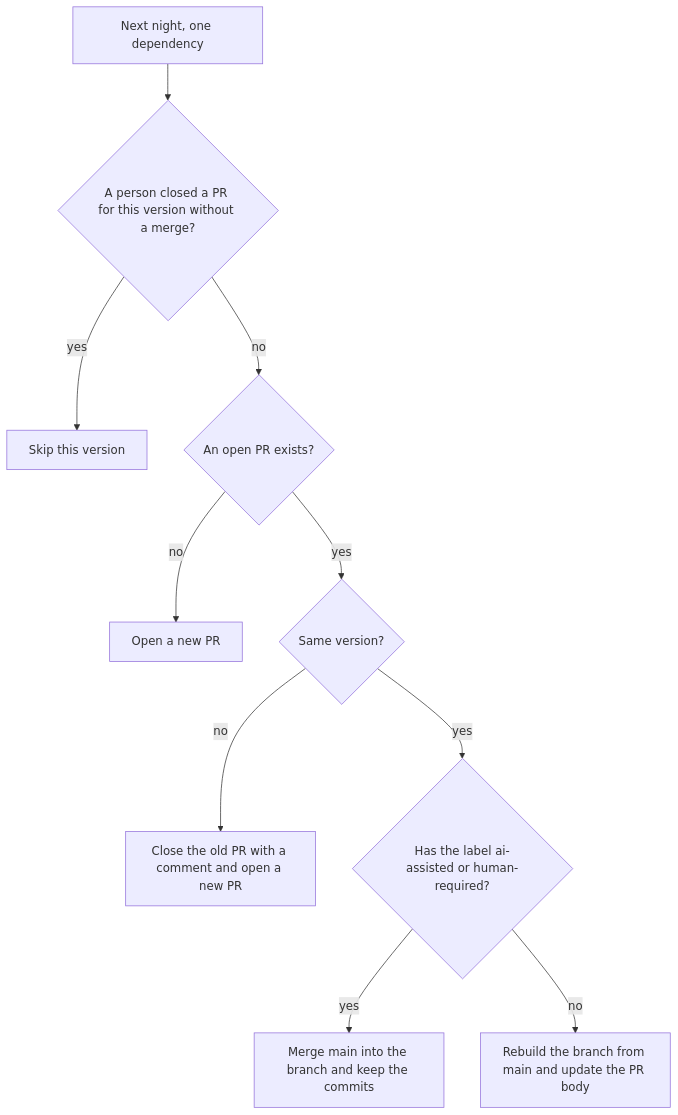
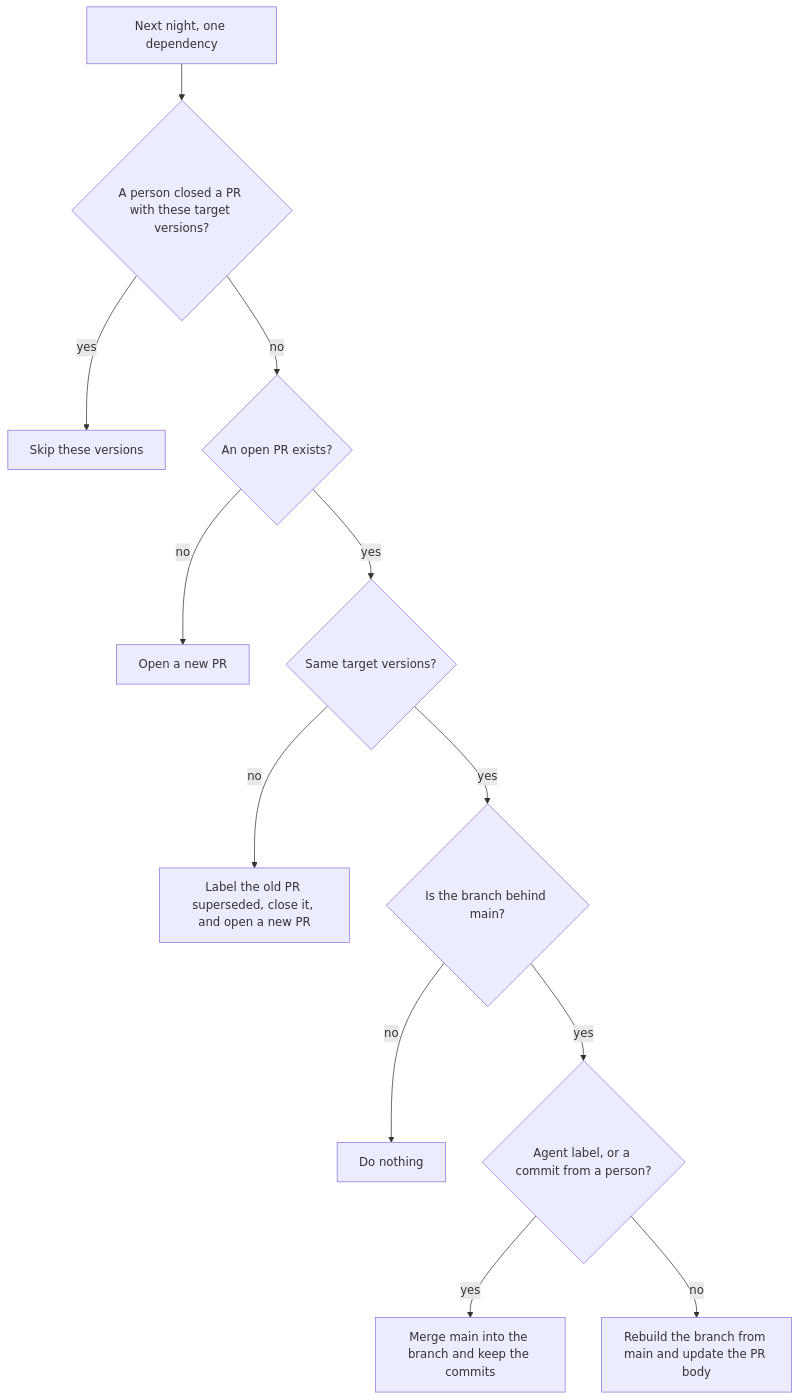
Before and after one commit to Unique-AG/connectors: the third of 3 diagrams in docs/security/dependencies.md, drawn with Mermaid. The commit also changed other lines of this file and 1 other file, not shown here.

Commit message:
docs(main): describe the open PR decisions, the ignore list, and the dashboard

````diff
--- a/docs/security/dependencies.md
+++ b/docs/security/dependencies.md
@@ -99,12 +100,14 @@
 ```mermaid
 flowchart TD
-  night[Next night, one dependency] --> closed{"A person closed a PR for this version without a merge?"}
-  closed -->|yes| skip[Skip this version]
+  night[Next night, one dependency] --> closed{"A person closed a PR with these target versions?"}
+  closed -->|yes| skip[Skip these versions]
   closed -->|no| open{An open PR exists?}
   open -->|no| create[Open a new PR]
-  open -->|yes| same{Same version?}
-  same -->|no| replace[Close the old PR with a comment and open a new PR]
-  same -->|yes| handled{"Has the label ai-assisted or human-required?"}
-  handled -->|yes| merge[Merge main into the branch and keep the commits]
-  handled -->|no| rebuild[Rebuild the branch from main and update the PR body]
+  open -->|yes| same{Same target versions?}
+  same -->|no| replace[Label the old PR superseded, close it, and open a new PR]
+  same -->|yes| behind{Is the branch behind main?}
+  behind -->|no| keep[Do nothing]
+  behind -->|yes| touched{"Agent label, or a commit from a person?"}
+  touched -->|yes| merge[Merge main into the branch and keep the commits]
+  touched -->|no| rebuild[Rebuild the branch from main and update the PR body]
 ```
````
